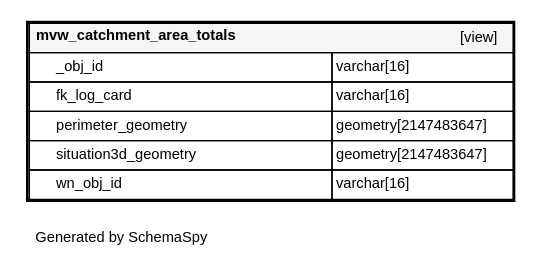
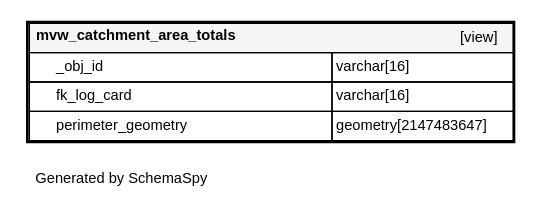
One commit to teksi/wastewater changed the diagram in _static/datamodel/tww_app/diagrams/tables/mvw_catchment_area_totals.1degree.dot. Above: the diagram before and after it, drawn with Graphviz. The commit also changed 269 other files, not shown here.

```diff
--- a/_static/datamodel/tww_app/diagrams/tables/mvw_catchment_area_totals.1degree.dot
+++ b/_static/datamodel/tww_app/diagrams/tables/mvw_catchment_area_totals.1degree.dot
@@ -1,17 +1,15 @@
 digraph "oneDegreeRelationshipsDiagram" {
   graph [    rankdir="RL"    bgcolor="#ffffff"    label="\nGenerated by SchemaSpy"    labeljust="l"    nodesep="0.18"    ranksep="0.46"    fontname="Helvetica"    fontsize="11"    packmode="graph"  ];  node [    fontname="Helvetica"    fontsize="11"    shape="plaintext"  ];  edge [    arrowsize="0.8"  ];
   "mvw_catchment_area_totals" [
    label=<
     <TABLE BORDER="2" CELLBORDER="1" CELLSPACING="0" BGCOLOR="#ffffff">
       <TR><TD COLSPAN="4"  BGCOLOR="#f5f5f5"><TABLE BORDER="0" CELLSPACING="0"><TR><TD ALIGN="LEFT" FIXEDSIZE="TRUE" WIDTH="206" HEIGHT="16"><B>mvw_catchment_area_totals</B></TD><TD ALIGN="RIGHT">[view]</TD></TR></TABLE></TD></TR>
       <TR><TD PORT="_obj_id" COLSPAN="2" ALIGN="LEFT"><TABLE BORDER="0" CELLSPACING="0" ALIGN="LEFT"><TR ALIGN="LEFT"><TD ALIGN="LEFT" FIXEDSIZE="TRUE" WIDTH="15" HEIGHT="16"></TD><TD ALIGN="LEFT" FIXEDSIZE="TRUE" WIDTH="206" HEIGHT="16">_obj_id</TD></TR></TABLE></TD><TD PORT="_obj_id.type" ALIGN="LEFT">varchar[16]</TD></TR>
       <TR><TD PORT="fk_log_card" COLSPAN="2" ALIGN="LEFT"><TABLE BORDER="0" CELLSPACING="0" ALIGN="LEFT"><TR ALIGN="LEFT"><TD ALIGN="LEFT" FIXEDSIZE="TRUE" WIDTH="15" HEIGHT="16"></TD><TD ALIGN="LEFT" FIXEDSIZE="TRUE" WIDTH="206" HEIGHT="16">fk_log_card</TD></TR></TABLE></TD><TD PORT="fk_log_card.type" ALIGN="LEFT">varchar[16]</TD></TR>
       <TR><TD PORT="perimeter_geometry" COLSPAN="2" ALIGN="LEFT"><TABLE BORDER="0" CELLSPACING="0" ALIGN="LEFT"><TR ALIGN="LEFT"><TD ALIGN="LEFT" FIXEDSIZE="TRUE" WIDTH="15" HEIGHT="16"></TD><TD ALIGN="LEFT" FIXEDSIZE="TRUE" WIDTH="206" HEIGHT="16">perimeter_geometry</TD></TR></TABLE></TD><TD PORT="perimeter_geometry.type" ALIGN="LEFT">geometry[2147483647]</TD></TR>
-      <TR><TD PORT="situation3d_geometry" COLSPAN="2" ALIGN="LEFT"><TABLE BORDER="0" CELLSPACING="0" ALIGN="LEFT"><TR ALIGN="LEFT"><TD ALIGN="LEFT" FIXEDSIZE="TRUE" WIDTH="15" HEIGHT="16"></TD><TD ALIGN="LEFT" FIXEDSIZE="TRUE" WIDTH="206" HEIGHT="16">situation3d_geometry</TD></TR></TABLE></TD><TD PORT="situation3d_geometry.type" ALIGN="LEFT">geometry[2147483647]</TD></TR>
-      <TR><TD PORT="wn_obj_id" COLSPAN="2" ALIGN="LEFT"><TABLE BORDER="0" CELLSPACING="0" ALIGN="LEFT"><TR ALIGN="LEFT"><TD ALIGN="LEFT" FIXEDSIZE="TRUE" WIDTH="15" HEIGHT="16"></TD><TD ALIGN="LEFT" FIXEDSIZE="TRUE" WIDTH="206" HEIGHT="16">wn_obj_id</TD></TR></TABLE></TD><TD PORT="wn_obj_id.type" ALIGN="LEFT">varchar[16]</TD></TR>
     </TABLE>>
     URL="../../tables/mvw_catchment_area_totals.html"
     target="_top"
     tooltip="mvw_catchment_area_totals"
   ];
 }
```
